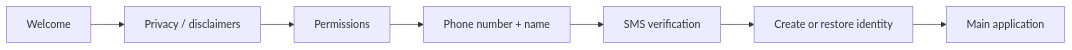
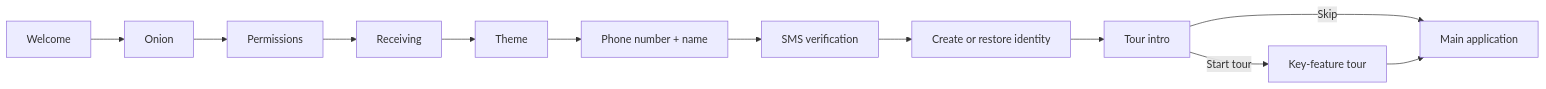
Before and after one commit to cbgm/Sparrow: the diagram in docs/features/onboarding.md, drawn with Mermaid. The commit also changed other lines of this file and 1796 other files, not shown here.

````diff
--- a/docs/features/onboarding.md
+++ b/docs/features/onboarding.md
@@ -18,9 +29,14 @@
 ```mermaid
 flowchart LR
-    W[Welcome] --> P[Privacy / disclaimers]
-    P --> PERM[Permissions]
-    PERM --> PHONE[Phone number + name]
+    W[Welcome] --> O[Onion]
+    O --> PERM[Permissions]
+    PERM --> R[Receiving]
+    R --> T[Theme]
+    T --> PHONE[Phone number + name]
     PHONE --> V[SMS verification]
     V --> ID[Create or restore identity]
-    ID --> MAIN[Main application]
+    ID --> TI[Tour intro]
+    TI -->|Start tour| TOUR[Key-feature tour]
+    TI -->|Skip| MAIN[Main application]
+    TOUR --> MAIN
 ```
````
